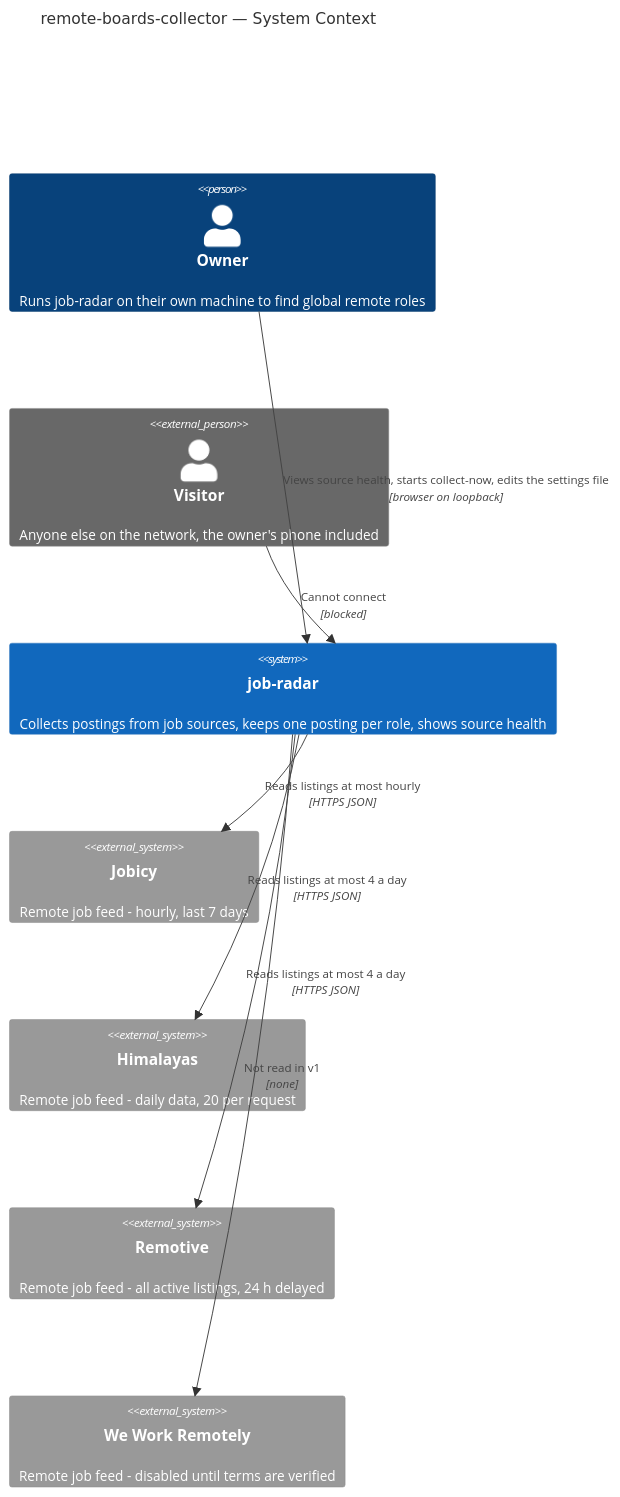
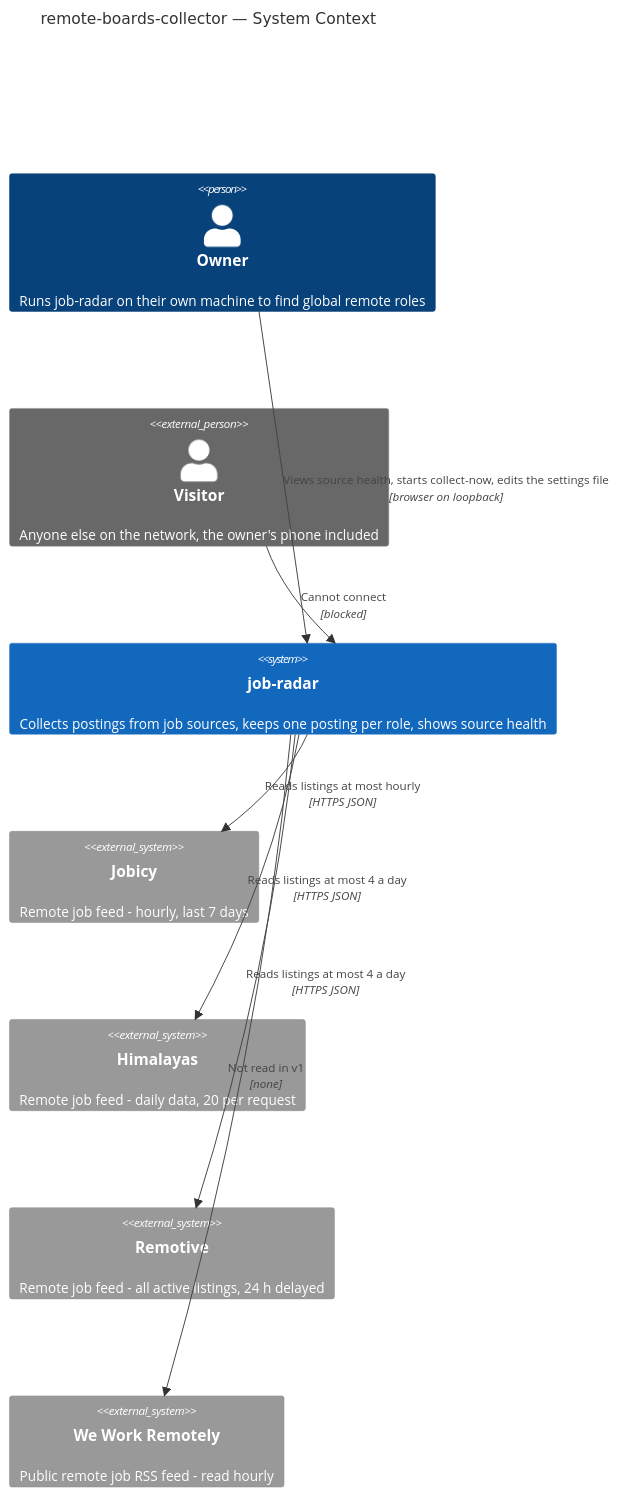
The first of 13 diagrams in docs/features/remote-boards-collector/sad.md (DeveloperFromUkraine/job-radar), drawn with Mermaid before and after one commit. The commit also changed other lines of this file and 23 other files, not shown here.

First line of the commit message:
fix: remote-boards-collector enable We Work Remotely from its public RSS feed

````diff
--- a/docs/features/remote-boards-collector/sad.md
+++ b/docs/features/remote-boards-collector/sad.md
@@ -88,21 +88,21 @@
 ```mermaid
 C4Context
     title remote-boards-collector — System Context
 
     Person(owner, "Owner", "Runs job-radar on their own machine to find global remote roles")
     Person_Ext(visitor, "Visitor", "Anyone else on the network, the owner's phone included")
 
     System(jobradar, "job-radar", "Collects postings from job sources, keeps one posting per role, shows source health")
 
     System_Ext(jobicy, "Jobicy", "Remote job feed - hourly, last 7 days")
     System_Ext(himalayas, "Himalayas", "Remote job feed - daily data, 20 per request")
     System_Ext(remotive, "Remotive", "Remote job feed - all active listings, 24 h delayed")
-    System_Ext(wwr, "We Work Remotely", "Remote job feed - disabled until terms are verified")
+    System_Ext(wwr, "We Work Remotely", "Public remote job RSS feed - read hourly")
 
     Rel(owner, jobradar, "Views source health, starts collect-now, edits the settings file", "browser on loopback")
     Rel(visitor, jobradar, "Cannot connect", "blocked")
     Rel(jobradar, jobicy, "Reads listings at most hourly", "HTTPS JSON")
     Rel(jobradar, himalayas, "Reads listings at most 4 a day", "HTTPS JSON")
     Rel(jobradar, remotive, "Reads listings at most 4 a day", "HTTPS JSON")
     Rel(jobradar, wwr, "Not read in v1", "none")
 ```
````
